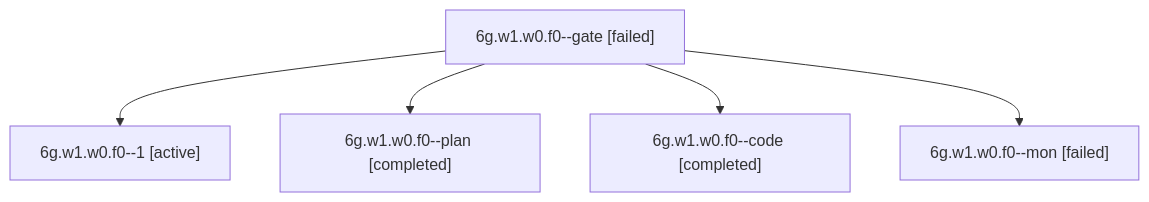
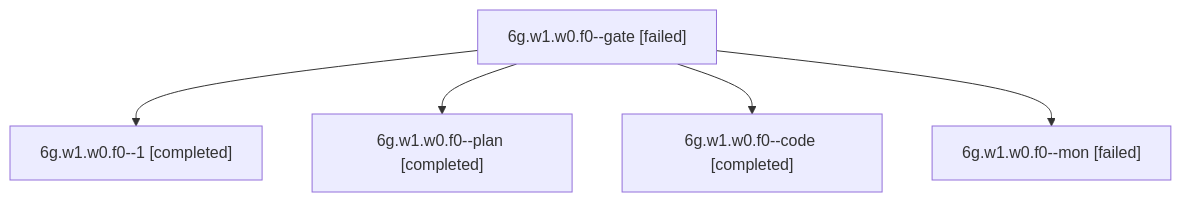
The diagram in sessions/bbugyi200.apollo.6g.w1.w0.f0.md (bobs-org/bob-cli--agents), drawn with Mermaid before and after one commit. The commit also changed other lines of this file and 49 other files, not shown here.

````diff
--- a/sessions/bbugyi200.apollo.6g.w1.w0.f0.md
+++ b/sessions/bbugyi200.apollo.6g.w1.w0.f0.md
@@ -9,12 +9,12 @@
 ```mermaid
 flowchart TD
   n0["6g.w1.w0.f0--gate [failed]"]
-  n1["6g.w1.w0.f0--1 [active]"]
+  n1["6g.w1.w0.f0--1 [completed]"]
   n0 --> n1
   n2["6g.w1.w0.f0--plan [completed]"]
   n0 --> n2
   n3["6g.w1.w0.f0--code [completed]"]
   n0 --> n3
   n4["6g.w1.w0.f0--mon [failed]"]
   n0 --> n4
 ```
````
